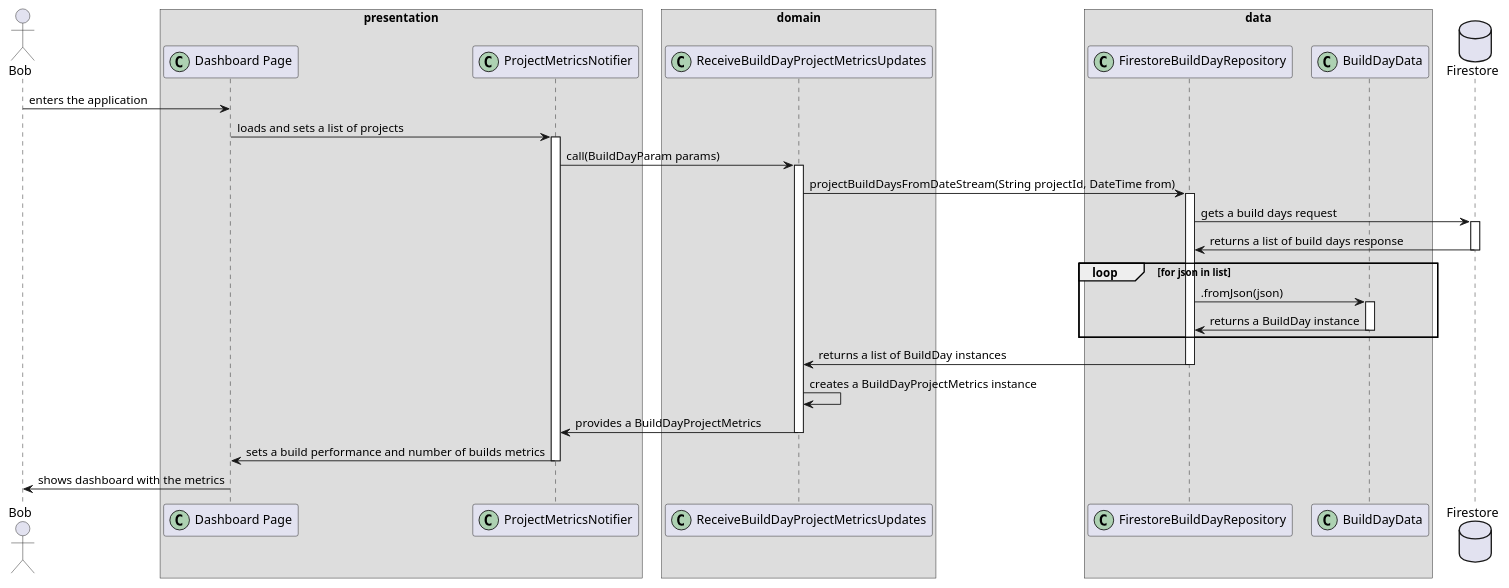
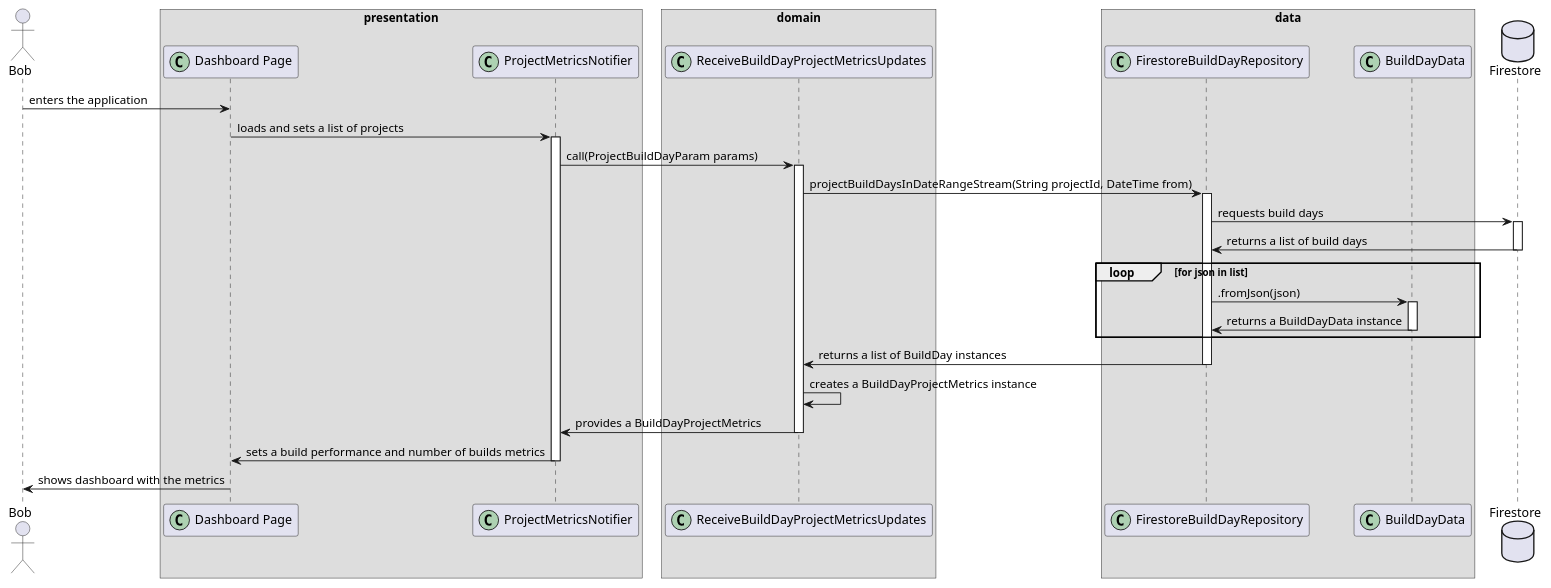
The diagram in metrics/web/docs/features/builds_aggregation/diagrams/build_days_sequence_diagram.puml (Flank/flank-dashboard), drawn with PlantUML before and after one commit. The commit also changed 4 other files, not shown here.

```diff
--- a/metrics/web/docs/features/builds_aggregation/diagrams/build_days_sequence_diagram.puml
+++ b/metrics/web/docs/features/builds_aggregation/diagrams/build_days_sequence_diagram.puml
@@ -1,59 +1,59 @@
 @startuml build_days_sequence_diagram
 skinparam BoxPadding 10
 
 actor Bob
 
 box "presentation"
     participant "Dashboard Page" as UI << (C,#ADD1B2) >>
     participant ProjectMetricsNotifier << (C,#ADD1B2) >>
 end box
 
 box "domain"
     participant ReceiveBuildDayProjectMetricsUpdates << (C,#ADD1B2) >>
 end box
 
 box "data"
     participant FirestoreBuildDayRepository << (C,#ADD1B2) >>
     participant BuildDayData << (C,#ADD1B2) >>
 end box    
 
 database Firestore
 
 Bob -> UI : enters the application
 
 UI -> ProjectMetricsNotifier : loads and sets a list of projects
 activate ProjectMetricsNotifier
 
-ProjectMetricsNotifier -> ReceiveBuildDayProjectMetricsUpdates : call(BuildDayParam params)
+ProjectMetricsNotifier -> ReceiveBuildDayProjectMetricsUpdates : call(ProjectBuildDayParam params)
 activate ReceiveBuildDayProjectMetricsUpdates
 
-ReceiveBuildDayProjectMetricsUpdates -> FirestoreBuildDayRepository : projectBuildDaysFromDateStream(String projectId, DateTime from)
+ReceiveBuildDayProjectMetricsUpdates -> FirestoreBuildDayRepository : projectBuildDaysInDateRangeStream(String projectId, DateTime from)
 activate FirestoreBuildDayRepository
 
-FirestoreBuildDayRepository -> Firestore : gets a build days request
+FirestoreBuildDayRepository -> Firestore : requests build days
 activate Firestore
 
-Firestore -> FirestoreBuildDayRepository : returns a list of build days response
+Firestore -> FirestoreBuildDayRepository : returns a list of build days
 deactivate Firestore
 
 loop for json in list
     FirestoreBuildDayRepository -> BuildDayData : .fromJson(json)
     activate BuildDayData
 
-    BuildDayData -> FirestoreBuildDayRepository : returns a BuildDay instance
+    BuildDayData -> FirestoreBuildDayRepository : returns a BuildDayData instance
     deactivate BuildDayData
 end
 
 FirestoreBuildDayRepository -> ReceiveBuildDayProjectMetricsUpdates : returns a list of BuildDay instances
 deactivate FirestoreBuildDayRepository
 
 ReceiveBuildDayProjectMetricsUpdates -> ReceiveBuildDayProjectMetricsUpdates : creates a BuildDayProjectMetrics instance
 ReceiveBuildDayProjectMetricsUpdates -> ProjectMetricsNotifier : provides a BuildDayProjectMetrics
 deactivate ReceiveBuildDayProjectMetricsUpdates
 
 ProjectMetricsNotifier -> UI : sets a build performance and number of builds metrics
 deactivate ProjectMetricsNotifier
 
 UI -> Bob : shows dashboard with the metrics
 
 @enduml
```
